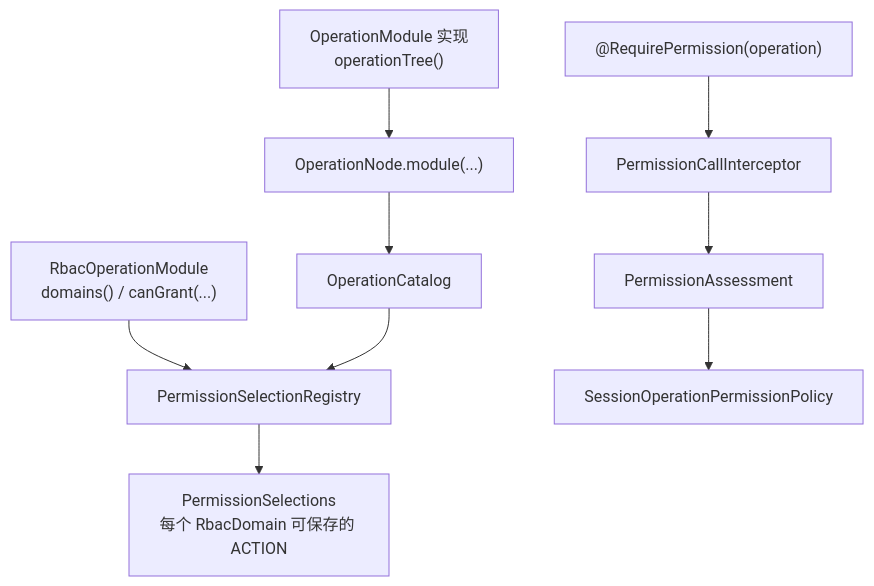
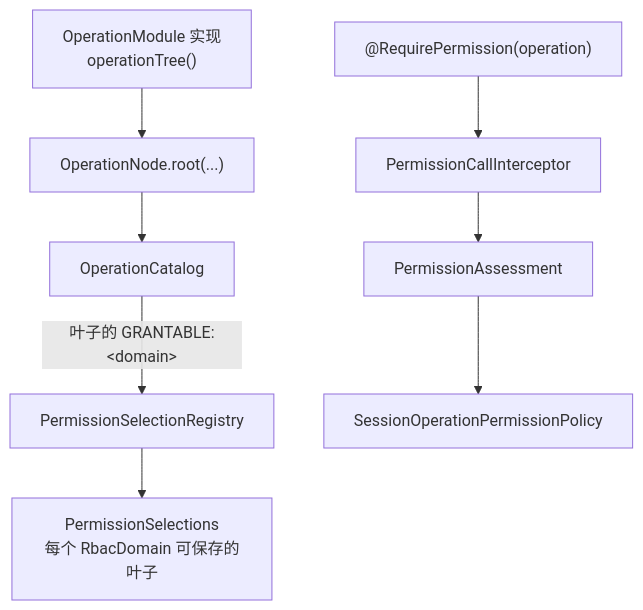
The diagram in docs/capabilities/identity-access/operation-declaration.md (SH-XiaoXiu/sca4d-j), drawn with Mermaid before and after one commit. The commit also changed other lines of this file and 153 other files, not shown here.

Commit message:
feat(permission): 扩展 Operation 目录与授权契约

````diff
--- a/docs/capabilities/identity-access/operation-declaration.md
+++ b/docs/capabilities/identity-access/operation-declaration.md
@@ -32,11 +49,10 @@
 ```mermaid
 flowchart TB
-    Module["OperationModule 实现<br/>operationTree()"] --> Node["OperationNode.module(...)"]
+    Module["OperationModule 实现<br/>operationTree()"] --> Node["OperationNode.root(...)"]
     Node --> Catalog["OperationCatalog"]
-    RbacModule["RbacOperationModule<br/>domains() / canGrant(...)"] --> Registry["PermissionSelectionRegistry"]
-    Catalog --> Registry
-    Registry --> Selections["PermissionSelections<br/>每个 RbacDomain 可保存的 ACTION"]
+    Catalog -->|"叶子的 GRANTABLE:&lt;domain&gt;"| Registry["PermissionSelectionRegistry"]
+    Registry --> Selections["PermissionSelections<br/>每个 RbacDomain 可保存的叶子"]
     Annotation["@RequirePermission(operation)"] --> Interceptor["PermissionCallInterceptor"]
     Interceptor --> Assessment["PermissionAssessment"]
     Assessment --> Policy["SessionOperationPermissionPolicy"]
 ```
````
